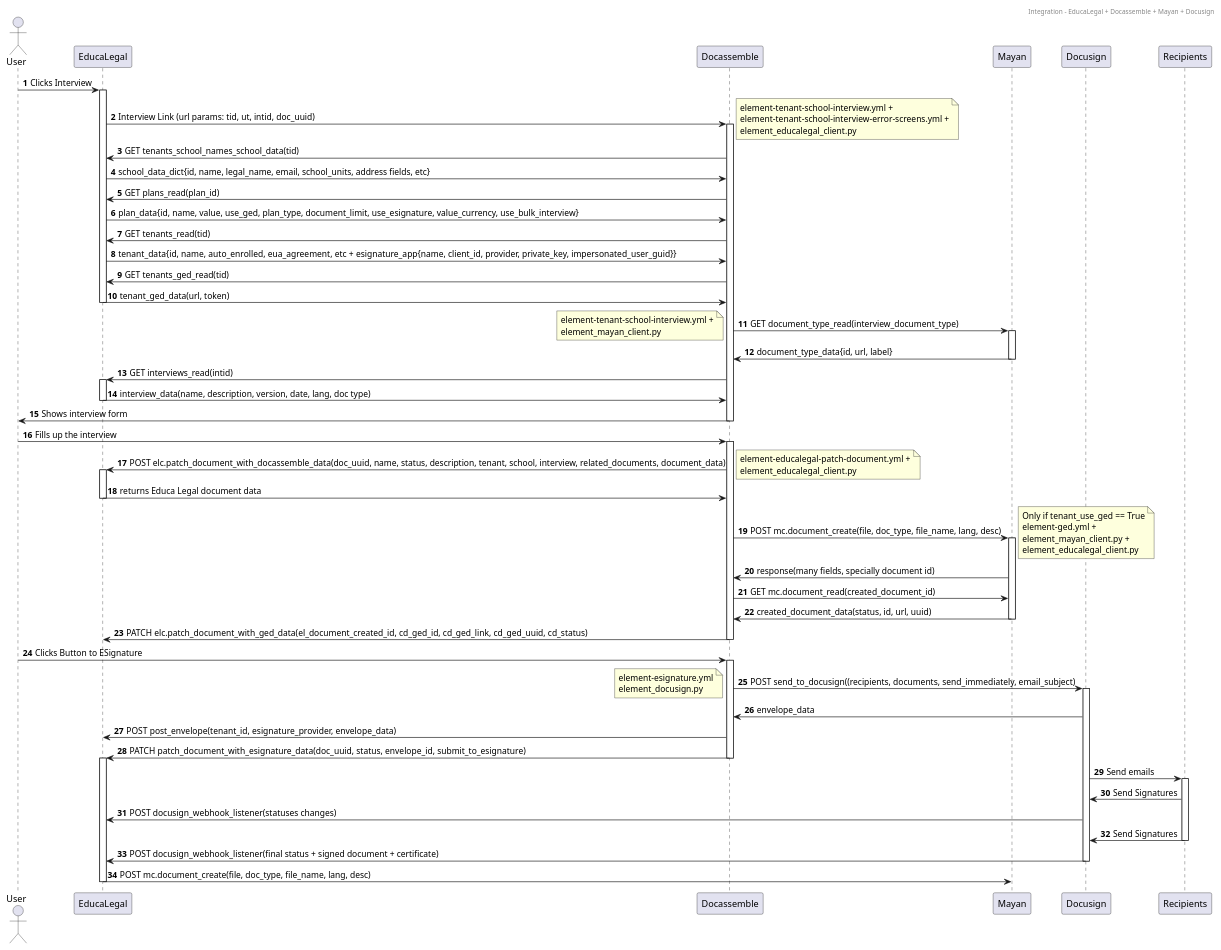
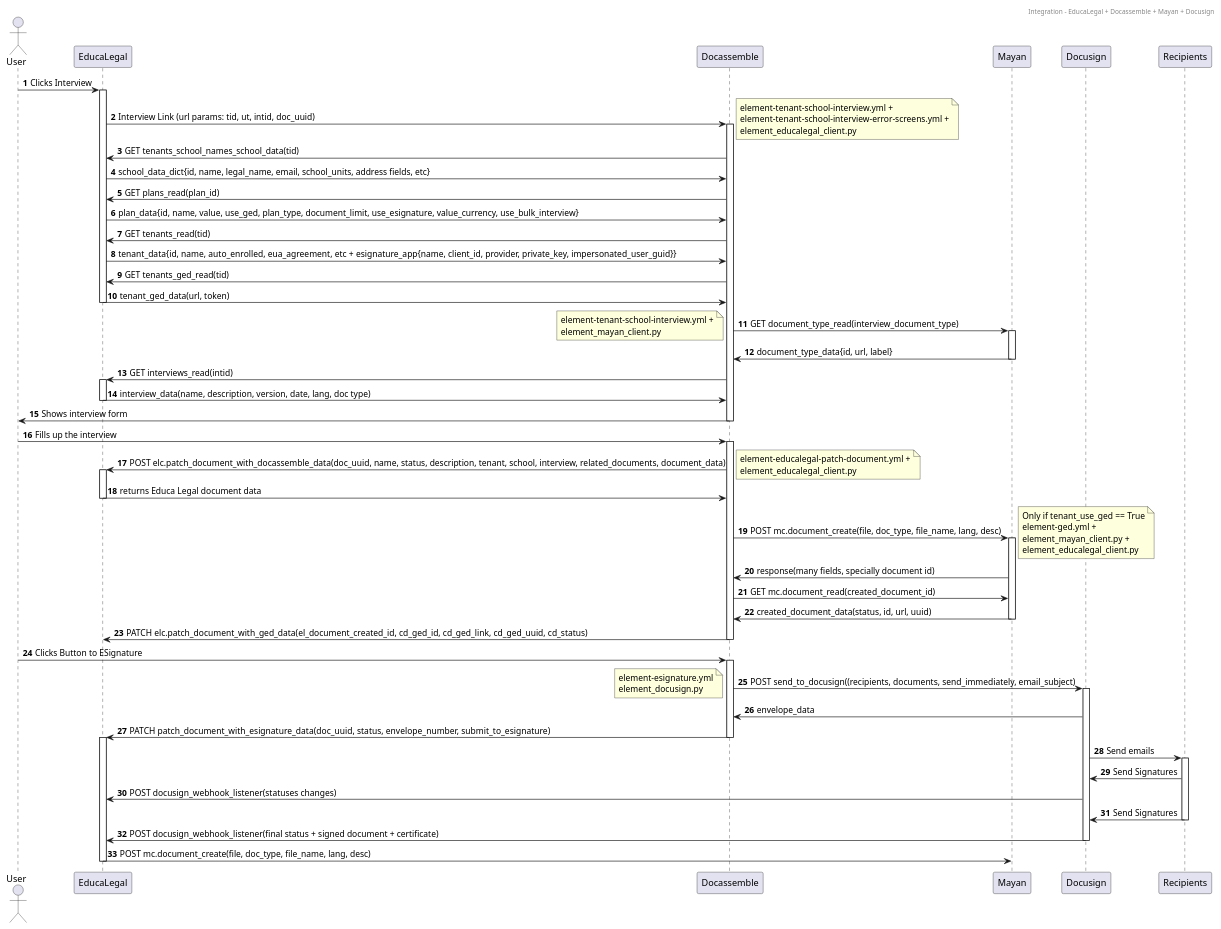
The diagram in fluxos/educalegal_api_seq_diagram.pu (rvnovaes/educalegal), drawn with PlantUML before and after one commit. The commit also changed 4 other files, not shown here.

Commit message:
slx-298: retirado post do element-esignature e criado envelope no docusign_helpers

```diff
--- a/fluxos/educalegal_api_seq_diagram.pu
+++ b/fluxos/educalegal_api_seq_diagram.pu
@@ -1,113 +1,112 @@
 @startuml
 header Integration - EducaLegal + Docassemble + Mayan + Docusign
 actor User
 autonumber
 
 User -> EducaLegal: Clicks Interview
 activate EducaLegal
 
 EducaLegal -> Docassemble: Interview Link (url params: tid, ut, intid, doc_uuid)
 activate Docassemble
 
 note right
 element-tenant-school-interview.yml +
 element-tenant-school-interview-error-screens.yml +
 element_educalegal_client.py
 end note
 
 Docassemble -> EducaLegal: GET tenants_school_names_school_data(tid)
 EducaLegal -> Docassemble: school_data_dict{id, name, legal_name, email, school_units, address fields, etc}
 
 Docassemble -> EducaLegal: GET plans_read(plan_id)
 EducaLegal -> Docassemble: plan_data{id, name, value, use_ged, plan_type, document_limit, use_esignature, value_currency, use_bulk_interview}
 
 Docassemble -> EducaLegal : GET tenants_read(tid)
 EducaLegal -> Docassemble: tenant_data{id, name, auto_enrolled, eua_agreement, etc + esignature_app{name, client_id, provider, private_key, impersonated_user_guid}}
 
 Docassemble -> EducaLegal: GET tenants_ged_read(tid)
 EducaLegal -> Docassemble: tenant_ged_data(url, token)
 deactivate EducaLegal
 
 Docassemble -> Mayan: GET document_type_read(interview_document_type)
 activate Mayan
 
 note left
 element-tenant-school-interview.yml +
 element_mayan_client.py
 end note
 
 Mayan -> Docassemble: document_type_data{id, url, label}
 deactivate Mayan
 
 Docassemble -> EducaLegal: GET interviews_read(intid)
 activate EducaLegal
 
 
 EducaLegal -> Docassemble: interview_data(name, description, version, date, lang, doc type)
 deactivate EducaLegal
 
 Docassemble -> User: Shows interview form
 deactivate Docassemble
 
 User -> Docassemble: Fills up the interview
 activate Docassemble
 
 Docassemble -> EducaLegal: POST elc.patch_document_with_docassemble_data(doc_uuid, name, status, description, tenant, school, interview, related_documents, document_data)
 activate EducaLegal
 
 
 note right
 element-educalegal-patch-document.yml +
 element_educalegal_client.py
 end note
 
 EducaLegal -> Docassemble: returns Educa Legal document data
 deactivate EducaLegal
 
 Docassemble -> Mayan: POST mc.document_create(file, doc_type, file_name, lang, desc)
 activate Mayan
 
 note right
 Only if tenant_use_ged == True
 element-ged.yml + 
 element_mayan_client.py +
 element_educalegal_client.py
 end note
 
 Mayan -> Docassemble: response(many fields, specially document id)
 Docassemble -> Mayan: GET mc.document_read(created_document_id)
 Mayan -> Docassemble: created_document_data(status, id, url, uuid)
 deactivate Mayan
 Docassemble -> EducaLegal: PATCH elc.patch_document_with_ged_data(el_document_created_id, cd_ged_id, cd_ged_link, cd_ged_uuid, cd_status)
 deactivate Docassemble
 User -> Docassemble: Clicks Button to ESignature
 activate Docassemble
 
 Docassemble -> Docusign: POST send_to_docusign((recipients, documents, send_immediately, email_subject)
 activate Docusign
 
 note left
 element-esignature.yml
 element_docusign.py
 end note
 
 
 Docusign -> Docassemble: envelope_data
-Docassemble -> EducaLegal: POST post_envelope(tenant_id, esignature_provider, envelope_data)
-Docassemble -> EducaLegal: PATCH patch_document_with_esignature_data(doc_uuid, status, envelope_id, submit_to_esignature)
+Docassemble -> EducaLegal: PATCH patch_document_with_esignature_data(doc_uuid, status, envelope_number, submit_to_esignature)
 deactivate Docassemble
 activate EducaLegal
 
 Docusign -> Recipients: Send emails
 activate Recipients
 Recipients -> Docusign: Send Signatures
 Docusign -> EducaLegal: POST docusign_webhook_listener(statuses changes)
 Recipients -> Docusign: Send Signatures
 deactivate Recipients
 
 Docusign -> EducaLegal: POST docusign_webhook_listener(final status + signed document + certificate)
 deactivate Docusign
 
 EducaLegal -> Mayan: POST mc.document_create(file, doc_type, file_name, lang, desc)
 deactivate EducaLegal
 @enduml
```
